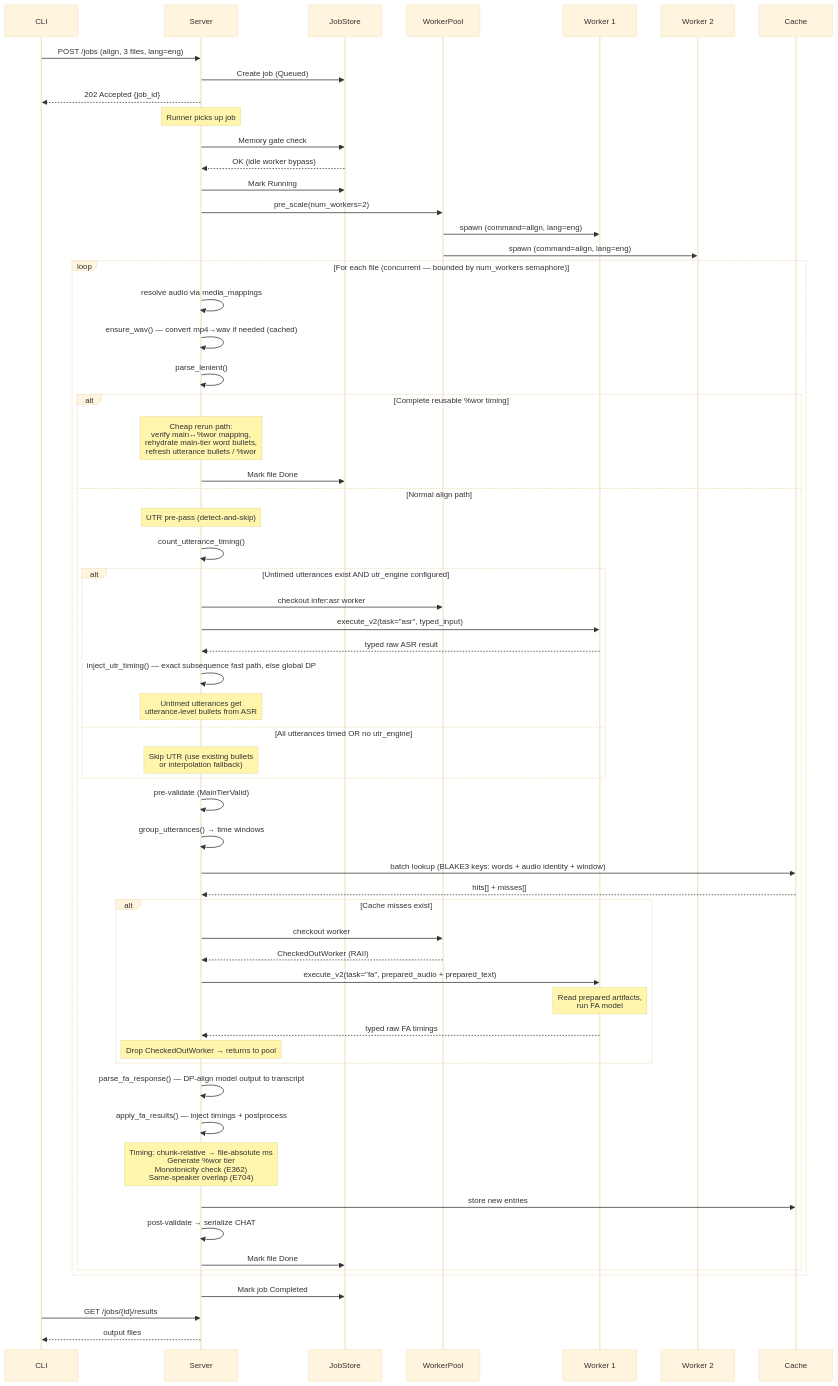
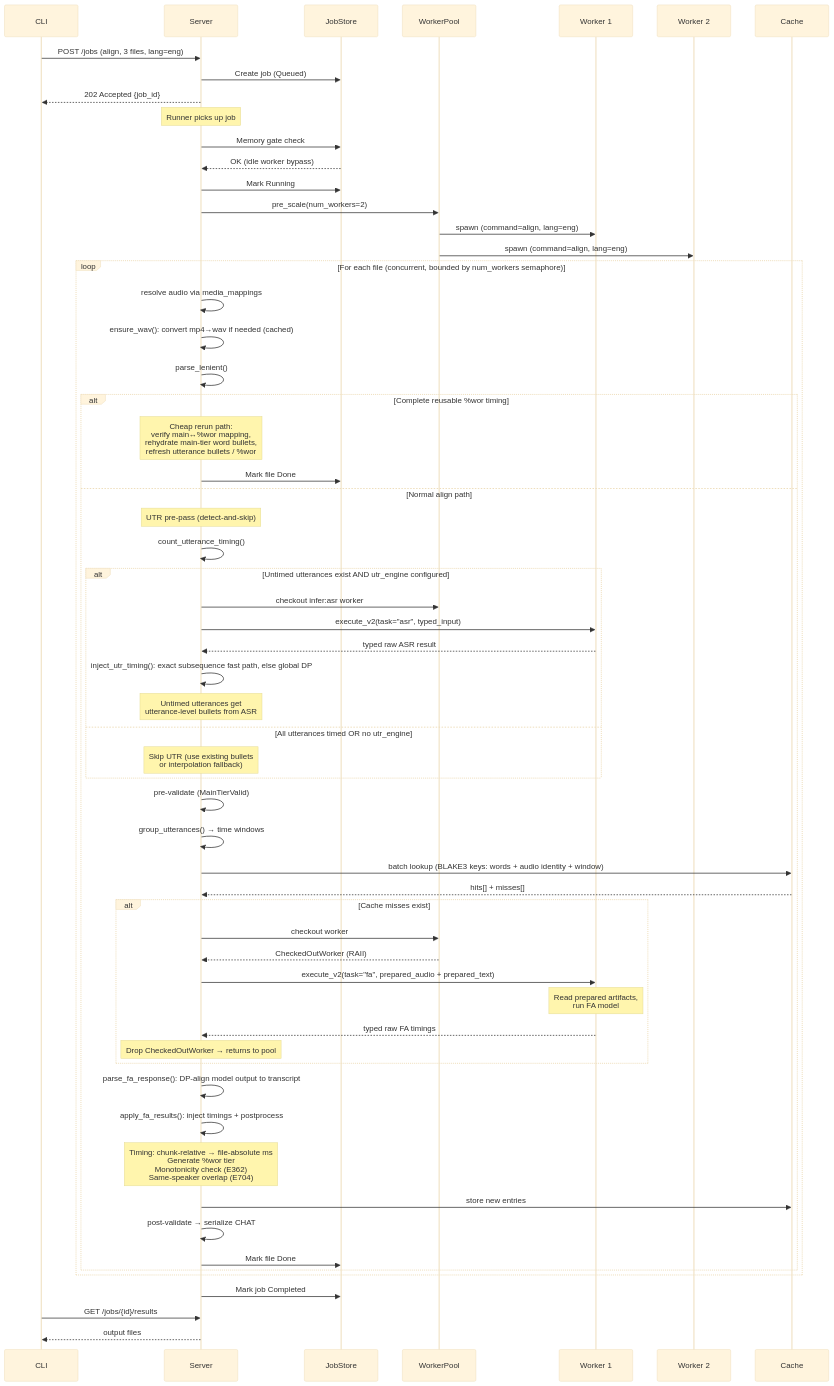
The first of 5 diagrams in book/src/batchalign/architecture/command-lifecycles.md (TalkBank/talkbank-tools), drawn with Mermaid (base theme) before and after one commit. The commit also changed other lines of this file and 706 other files, not shown here.

````diff
--- a/book/src/batchalign/architecture/command-lifecycles.md
+++ b/book/src/batchalign/architecture/command-lifecycles.md
@@ -87,74 +87,74 @@
 ```mermaid
 sequenceDiagram
     participant CLI
     participant Server
     participant JobStore
     participant Pool as WorkerPool
     participant W1 as Worker 1
     participant W2 as Worker 2
     participant Cache
 
     CLI->>Server: POST /jobs (align, 3 files, lang=eng)
     Server->>JobStore: Create job (Queued)
     Server-->>CLI: 202 Accepted {job_id}
 
     Note over Server: Runner picks up job
 
     Server->>JobStore: Memory gate check
     JobStore-->>Server: OK (idle worker bypass)
     Server->>JobStore: Mark Running
     Server->>Pool: pre_scale(num_workers=2)
     Pool->>W1: spawn (command=align, lang=eng)
     Pool->>W2: spawn (command=align, lang=eng)
 
-    loop For each file (concurrent — bounded by num_workers semaphore)
+    loop For each file (concurrent, bounded by num_workers semaphore)
         Server->>Server: resolve audio via media_mappings
-        Server->>Server: ensure_wav() — convert mp4→wav if needed (cached)
+        Server->>Server: ensure_wav(): convert mp4→wav if needed (cached)
         Server->>Server: parse_lenient()
 
         alt Complete reusable %wor timing
             Note over Server: Cheap rerun path:<br/>verify main↔%wor mapping,<br/>rehydrate main-tier word bullets,<br/>refresh utterance bullets / %wor
             Server->>JobStore: Mark file Done
         else Normal align path
 
             Note over Server: UTR pre-pass (detect-and-skip)
             Server->>Server: count_utterance_timing()
             alt Untimed utterances exist AND utr_engine configured
                 Server->>Pool: checkout infer:asr worker
                 Server->>W1: execute_v2(task="asr", typed_input)
                 W1-->>Server: typed raw ASR result
-                Server->>Server: inject_utr_timing() — exact subsequence fast path, else global DP
+                Server->>Server: inject_utr_timing(): exact subsequence fast path, else global DP
                 Note over Server: Untimed utterances get<br/>utterance-level bullets from ASR
             else All utterances timed OR no utr_engine
                 Note over Server: Skip UTR (use existing bullets<br/>or interpolation fallback)
             end
 
             Server->>Server: pre-validate (MainTierValid)
             Server->>Server: group_utterances() → time windows
 
             Server->>Cache: batch lookup (BLAKE3 keys: words + audio identity + window)
             Cache-->>Server: hits[] + misses[]
 
             alt Cache misses exist
                 Server->>Pool: checkout worker
                 Pool-->>Server: CheckedOutWorker (RAII)
                 Server->>W1: execute_v2(task="fa", prepared_audio + prepared_text)
                 Note over W1: Read prepared artifacts,<br/>run FA model
                 W1-->>Server: typed raw FA timings
                 Note over Server: Drop CheckedOutWorker → returns to pool
             end
 
-            Server->>Server: parse_fa_response() — DP-align model output to transcript
-            Server->>Server: apply_fa_results() — inject timings + postprocess
+            Server->>Server: parse_fa_response(): DP-align model output to transcript
+            Server->>Server: apply_fa_results(): inject timings + postprocess
             Note over Server: Timing: chunk-relative → file-absolute ms<br/>Generate %wor tier<br/>Monotonicity check (E362)<br/>Same-speaker overlap (E704)
             Server->>Cache: store new entries
             Server->>Server: post-validate → serialize CHAT
             Server->>JobStore: Mark file Done
         end
     end
 
     Server->>JobStore: Mark job Completed
 
     CLI->>Server: GET /jobs/{id}/results
     Server-->>CLI: output files
 ```
````
